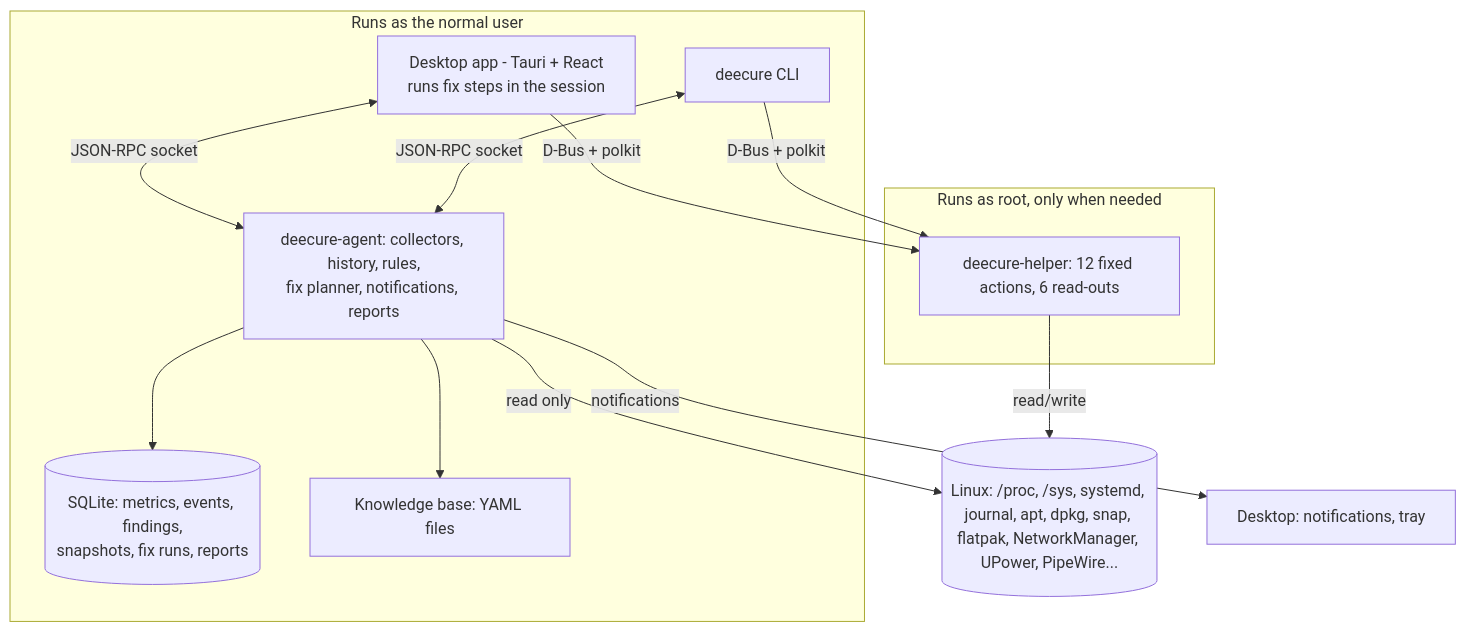
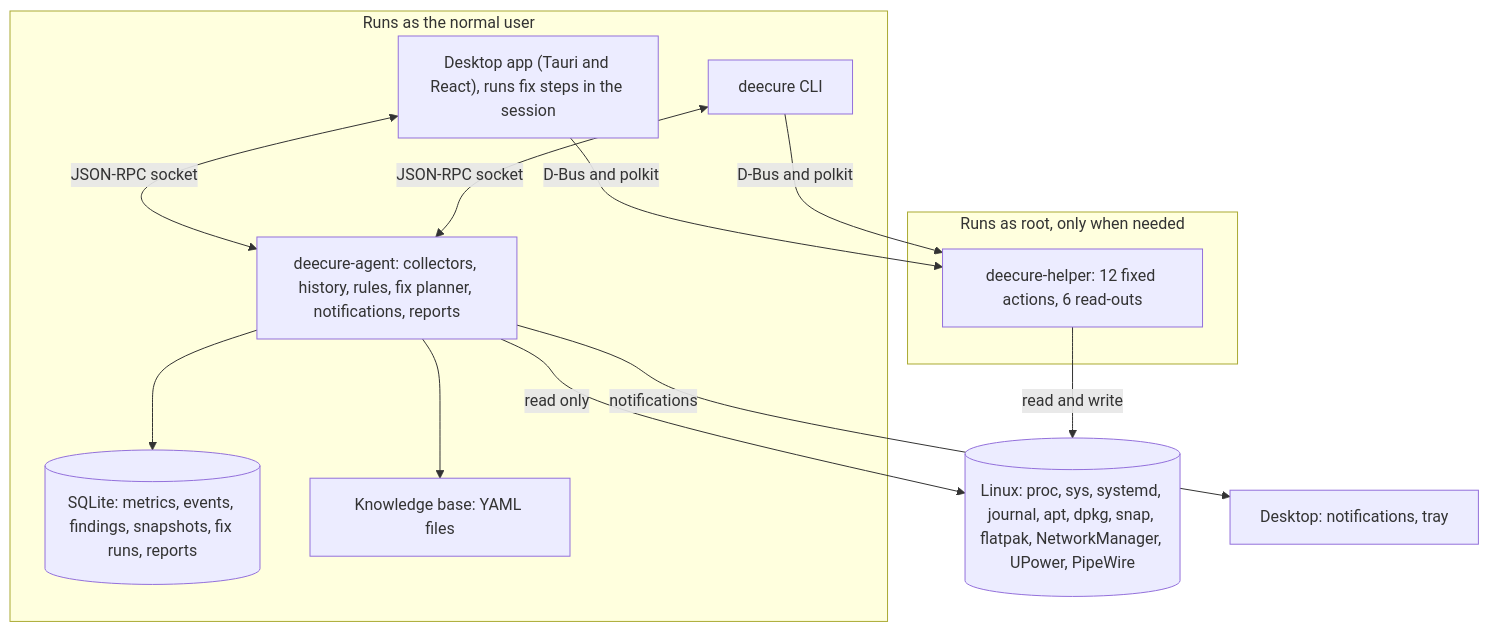
One commit to krisskad0/DeeCure changed the diagram in docs/02-architecture/overview.md. Above: the diagram before and after it, drawn with Mermaid. The commit also changed other lines of this file and 121 other files, not shown here.

First line of the commit message:
Use plain punctuation instead of long dashes, and fix the README diagram

````diff
--- a/docs/02-architecture/overview.md
+++ b/docs/02-architecture/overview.md
@@ -6,25 +6,25 @@
 ```mermaid
 flowchart TB
-  subgraph UserSession[Runs as the normal user]
-    UI[Desktop app - Tauri + React<br/>runs fix steps in the session]
-    CLI[deecure CLI]
-    AG[deecure-agent: collectors, history, rules,<br/>fix planner, notifications, reports]
-    DB[(SQLite: metrics, events, findings,<br/>snapshots, fix runs, reports)]
-    KB[Knowledge base: YAML files]
+  subgraph UserSession["Runs as the normal user"]
+    UI["Desktop app (Tauri and React), runs fix steps in the session"]
+    CLI["deecure CLI"]
+    AG["deecure-agent: collectors, history, rules, fix planner, notifications, reports"]
+    DB[("SQLite: metrics, events, findings, snapshots, fix runs, reports")]
+    KB["Knowledge base: YAML files"]
   end
-  subgraph System[Runs as root, only when needed]
-    HP[deecure-helper: 12 fixed actions, 6 read-outs]
+  subgraph System["Runs as root, only when needed"]
+    HP["deecure-helper: 12 fixed actions, 6 read-outs"]
   end
-  OS[(Linux: /proc, /sys, systemd, journal, apt, dpkg, snap, flatpak, NetworkManager, UPower, PipeWire...)]
-  Desk[Desktop: notifications, tray]
+  OS[("Linux: proc, sys, systemd, journal, apt, dpkg, snap, flatpak, NetworkManager, UPower, PipeWire")]
+  Desk["Desktop: notifications, tray"]
 
   UI <-->|JSON-RPC socket| AG
   CLI <-->|JSON-RPC socket| AG
   AG --> DB
   AG --> KB
-  AG -- read only --> OS
-  AG -- notifications --> Desk
-  UI -- D-Bus + polkit --> HP
-  CLI -- D-Bus + polkit --> HP
-  HP -- read/write --> OS
+  AG -->|read only| OS
+  AG -->|notifications| Desk
+  UI -->|D-Bus and polkit| HP
+  CLI -->|D-Bus and polkit| HP
+  HP -->|read and write| OS
 ```
````
